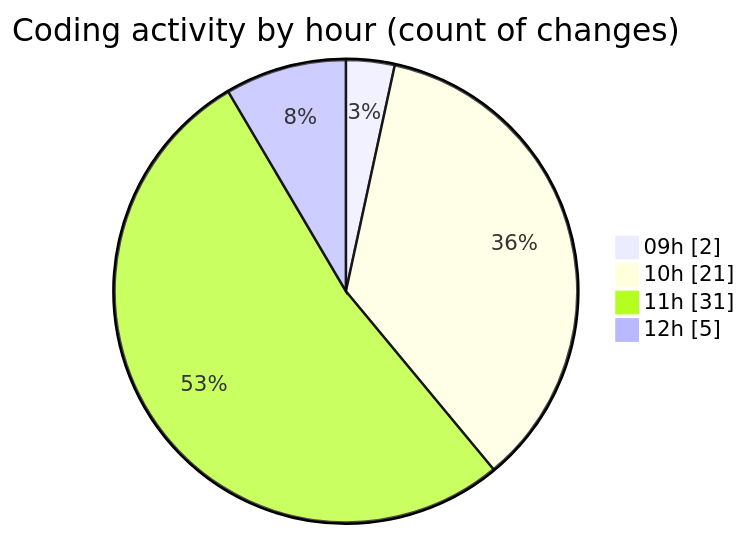
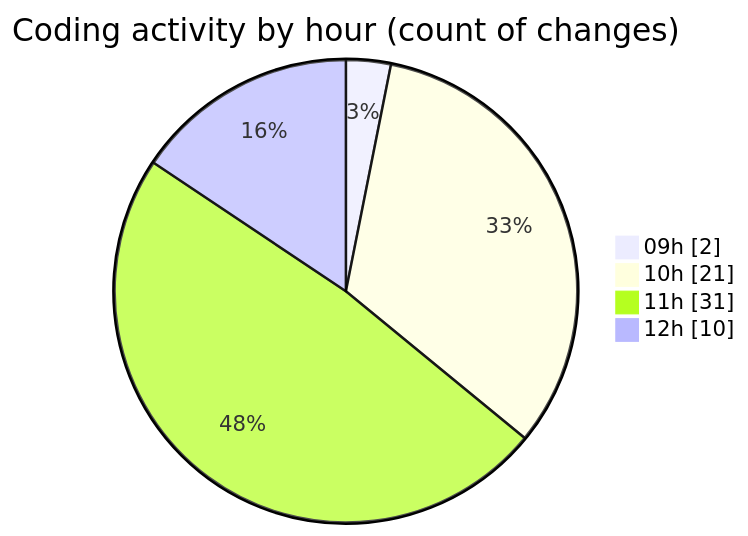
The second of 2 diagrams in 2025-03-27/kml/README.md (LanceThiago/code-tracking), drawn with Mermaid before and after one commit. The commit also changed other lines of this file and 1 other file, not shown here.

````diff
--- a/2025-03-27/kml/README.md
+++ b/2025-03-27/kml/README.md
@@ -40,8 +40,8 @@
 ```mermaid
 pie showData
 title Coding activity by hour (count of changes)
 "09h" : 2
 "10h" : 21
 "11h" : 31
-"12h" : 5
+"12h" : 10
 ```
````
